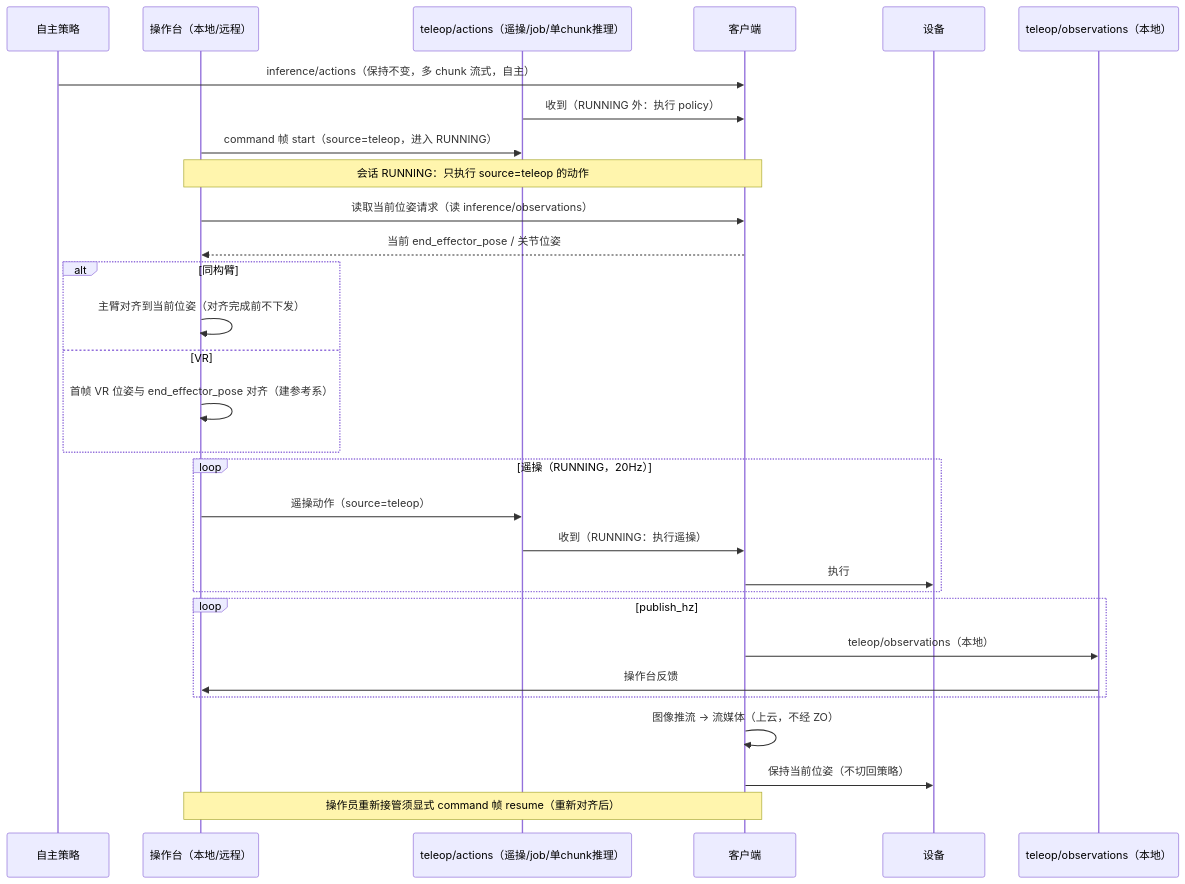
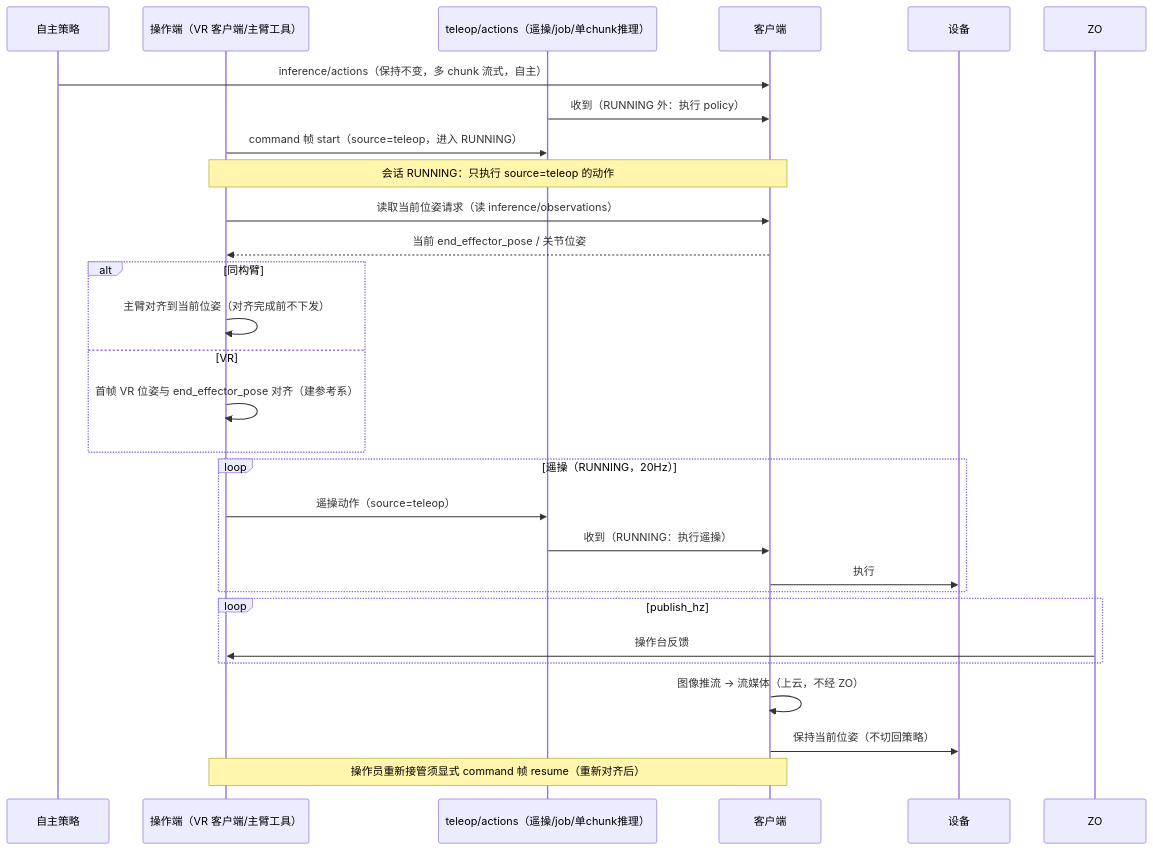
One commit to vincentguiling/cloudrobo-sdk-client changed the diagram in docs/design/r2c-teleop-data-collection-design.md. Above: the diagram before and after it, drawn with Mermaid. The commit also changed other lines of this file, not shown here.

Commit message:
docs(design): v1.8——teleop/observations 不发布（话题移除）；概念对齐：本地操作台不写出、远程操作台改为监控大屏

````diff
--- a/docs/design/r2c-teleop-data-collection-design.md
+++ b/docs/design/r2c-teleop-data-collection-design.md
@@ -140,33 +135,31 @@
 ```mermaid
 sequenceDiagram
     participant P as 自主策略
-    participant O as 操作台（本地/远程）
+    participant O as 操作端（VR 客户端/主臂工具）
     participant ZA as teleop/actions（遥操/job/单chunk推理）
     participant C as 客户端
     participant F as 设备
-    participant ZO as teleop/observations（本地）
 
     P->>C: inference/actions（保持不变，多 chunk 流式，自主）
     ZA->>C: 收到（RUNNING 外：执行 policy）
     O->>ZA: command 帧 start（source=teleop，进入 RUNNING）
     Note over O,C: 会话 RUNNING：只执行 source=teleop 的动作
     O->>C: 读取当前位姿请求（读 inference/observations）
     C-->>O: 当前 end_effector_pose / 关节位姿
     alt 同构臂
         O->>O: 主臂对齐到当前位姿（对齐完成前不下发）
     else VR
         O->>O: 首帧 VR 位姿与 end_effector_pose 对齐（建参考系）
     end
     loop 遥操（RUNNING，20Hz）
         O->>ZA: 遥操动作（source=teleop）
         ZA->>C: 收到（RUNNING：执行遥操）
         C->>F: 执行
     end
     loop publish_hz
-        C->>ZO: teleop/observations（本地）
         ZO->>O: 操作台反馈
     end
     C->>C: 图像推流 → 流媒体（上云，不经 ZO）
     C->>F: 保持当前位姿（不切回策略）
     Note over O,C: 操作员重新接管须显式 command 帧 resume（重新对齐后）
 ```
````
